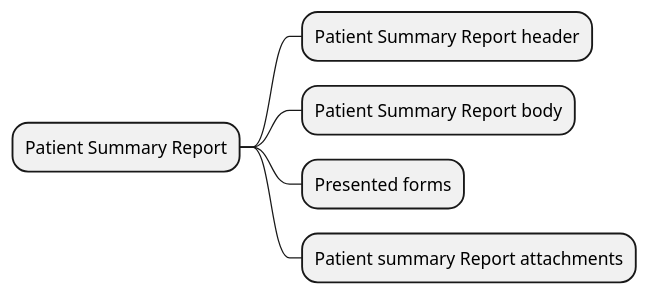
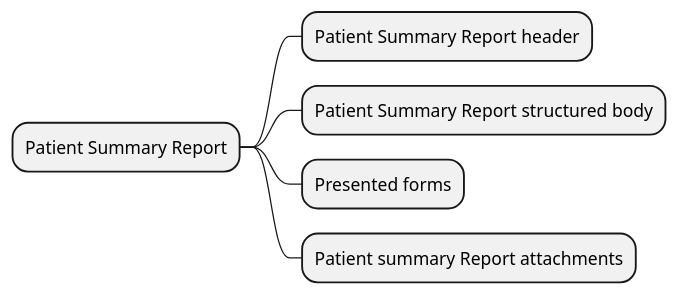
The diagram in input/images-source/PsReport_CIM.plantuml (Xt-EHR/xt-ehr-common), drawn with PlantUML before and after one commit.

```diff
--- a/input/images-source/PsReport_CIM.plantuml
+++ b/input/images-source/PsReport_CIM.plantuml
@@ -1,7 +1,7 @@
 @startmindmap
 * Patient Summary Report
 ** Patient Summary Report header
-** Patient Summary Report body
+** Patient Summary Report structured body
 ** Presented forms
 ** Patient summary Report attachments
 @endmindmap
```
